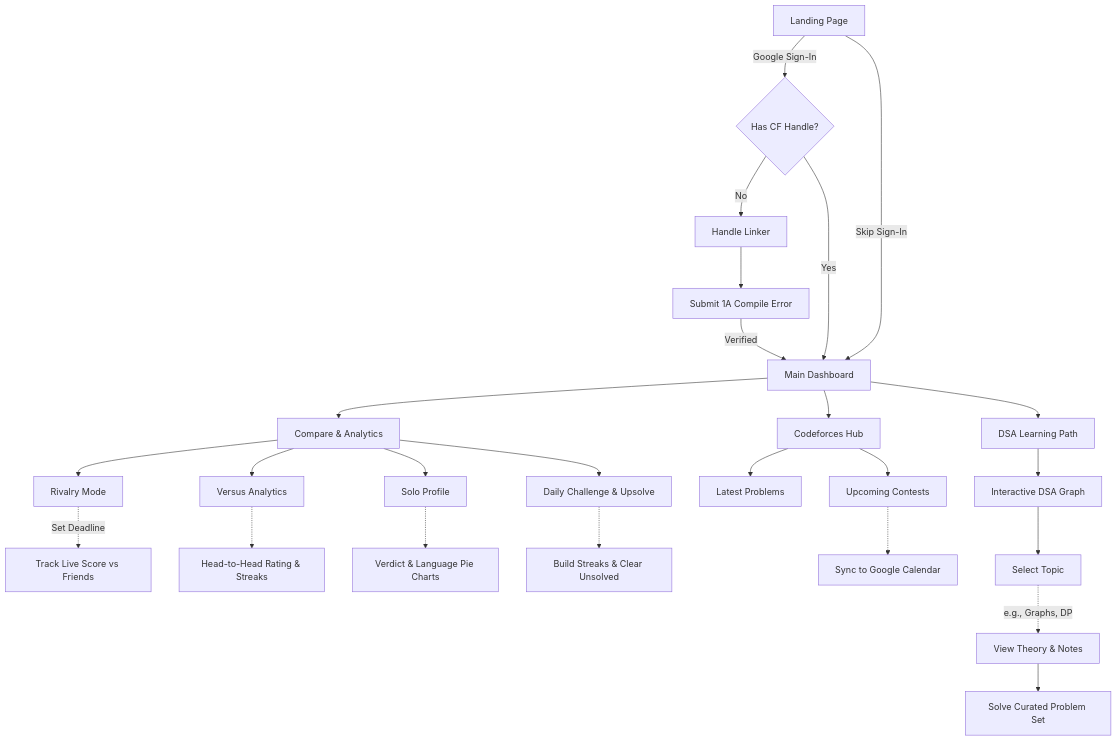
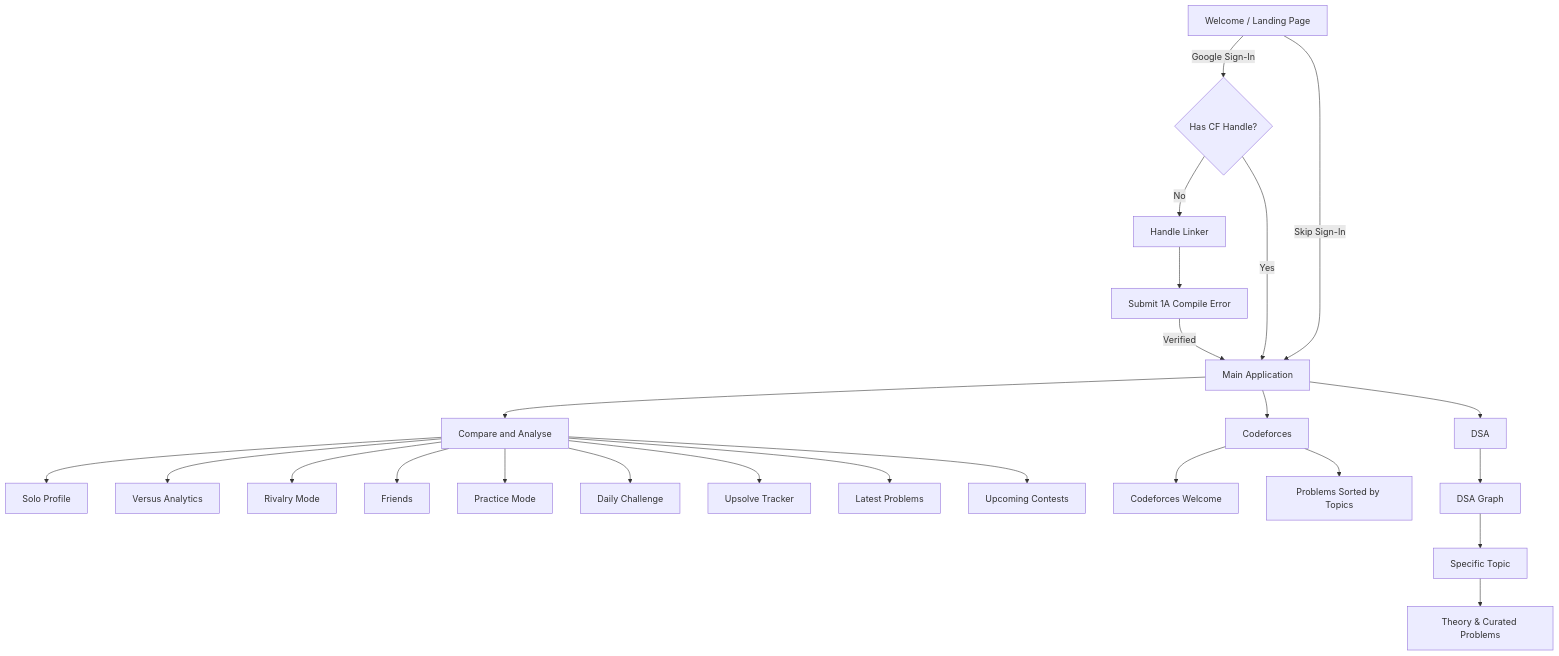
The diagram in README.md (Xploit-Ghost/Codeforces-Tracker), drawn with Mermaid before and after one commit.

Commit message:
Update Mermaid graph to exactly match navigation hierarchy

````diff
--- a/README.md
+++ b/README.md
@@ -76,37 +76,34 @@
 ```mermaid
 graph TD
-    A[Landing Page] -->|Google Sign-In| B{Has CF Handle?}
+    A[Welcome / Landing Page] -->|Google Sign-In| B{Has CF Handle?}
     B -->|No| C[Handle Linker]
     C --> D[Submit 1A Compile Error]
-    D -->|Verified| E[Main Dashboard]
+    D -->|Verified| E[Main Application]
     B -->|Yes| E
     A -->|Skip Sign-In| E
     
-    E --> F[Compare & Analytics]
-    E --> G[Codeforces Hub]
-    E --> H[DSA Learning Path]
+    %% Top Navigation
+    E --> F[Compare and Analyse]
+    E --> G[Codeforces]
+    E --> H[DSA]
     
-    %% Compare & Analytics Branch
-    F --> F1[Rivalry Mode]
-    F1 -.->|Set Deadline| F1a[Track Live Score vs Friends]
+    %% Compare and Analyse Branch
+    F --> F1[Solo Profile]
+    F --> F2[Versus Analytics]
+    F --> F3[Rivalry Mode]
+    F --> F4[Friends]
+    F --> F5[Practice Mode]
+    F --> F6[Daily Challenge]
+    F --> F7[Upsolve Tracker]
+    F --> F8[Latest Problems]
+    F --> F9[Upcoming Contests]
     
-    F --> F2[Versus Analytics]
-    F2 -.-> F2a[Head-to-Head Rating & Streaks]
+    %% Codeforces Branch
+    G --> G1[Codeforces Welcome]
+    G --> G2[Problems Sorted by Topics]
     
-    F --> F3[Solo Profile]
-    F3 -.-> F3a[Verdict & Language Pie Charts]
-    
-    F --> F4[Daily Challenge & Upsolve]
-    F4 -.-> F4a[Build Streaks & Clear Unsolved]
-    
-    %% Codeforces Hub
-    G --> G1[Latest Problems]
-    G --> G2[Upcoming Contests]
-    G2 -.-> G2a[Sync to Google Calendar]
-    
-    %% DSA Learning Path Branch
-    H --> H1[Interactive DSA Graph]
-    H1 --> H2[Select Topic]
-    H2 -.->|e.g., Graphs, DP| H3[View Theory & Notes]
-    H3 --> H4[Solve Curated Problem Set]
+    %% DSA Branch
+    H --> H1[DSA Graph]
+    H1 --> H2[Specific Topic]
+    H2 --> H3[Theory & Curated Problems]
 ```
````
